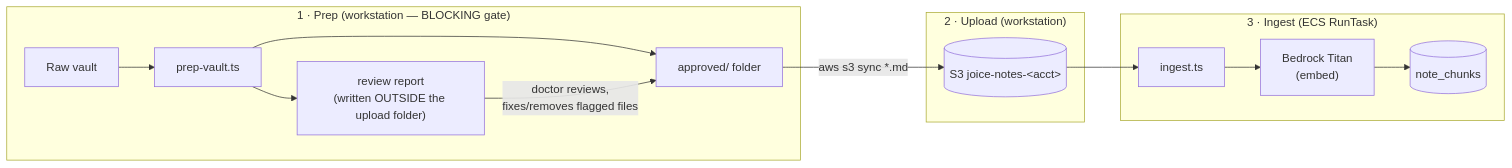
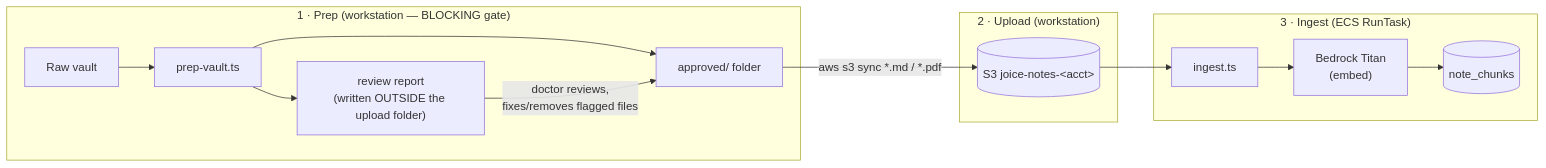
One commit to Joice-Health/Joice changed the first of 2 diagrams in docs/rag/03-ingestion.md. Above: the diagram before and after it, drawn with Mermaid. The commit also changed other lines of this file and 14 other files, not shown here.

````diff
--- a/docs/rag/03-ingestion.md
+++ b/docs/rag/03-ingestion.md
@@ -6,15 +6,15 @@
 ```mermaid
 flowchart LR
     subgraph Stage1["1 · Prep (workstation — BLOCKING gate)"]
         vault["Raw vault"] --> prep["prep-vault.ts"]
         prep --> report["review report<br/>(written OUTSIDE the upload folder)"]
         prep --> approved["approved/ folder"]
         report -->|"doctor reviews,<br/>fixes/removes flagged files"| approved
     end
     subgraph Stage2["2 · Upload (workstation)"]
-        approved -->|"aws s3 sync *.md"| s3[("S3 joice-notes-&lt;acct&gt;")]
+        approved -->|"aws s3 sync *.md / *.pdf"| s3[("S3 joice-notes-&lt;acct&gt;")]
     end
     subgraph Stage3["3 · Ingest (ECS RunTask)"]
         s3 --> ingest["ingest.ts"] --> titan["Bedrock Titan<br/>(embed)"] --> rds[("note_chunks")]
     end
 ```
````
